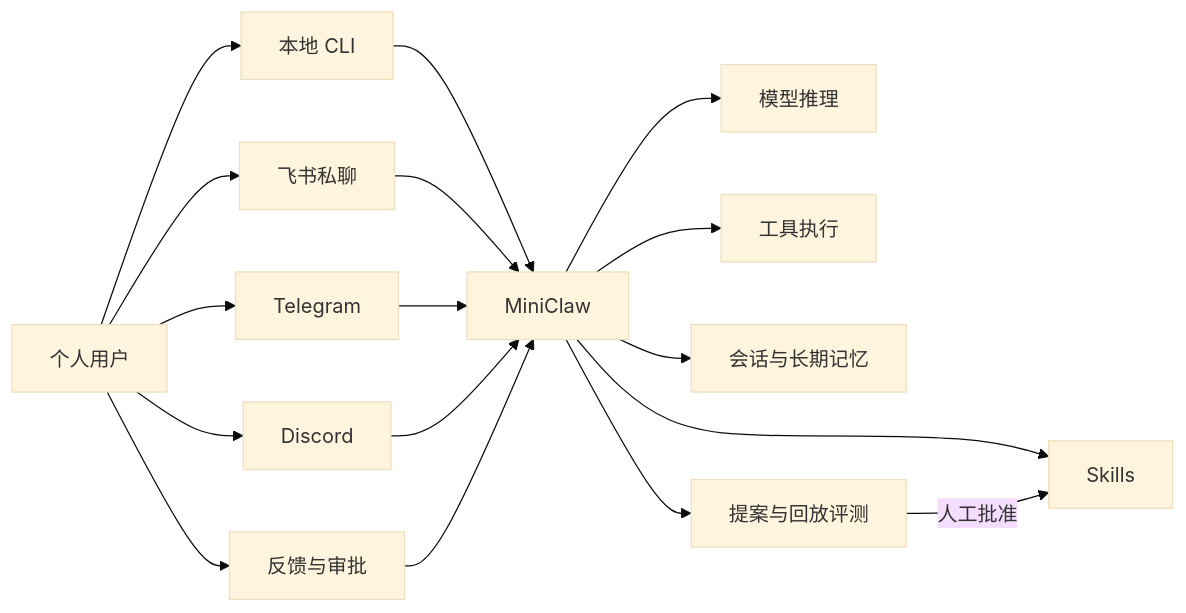
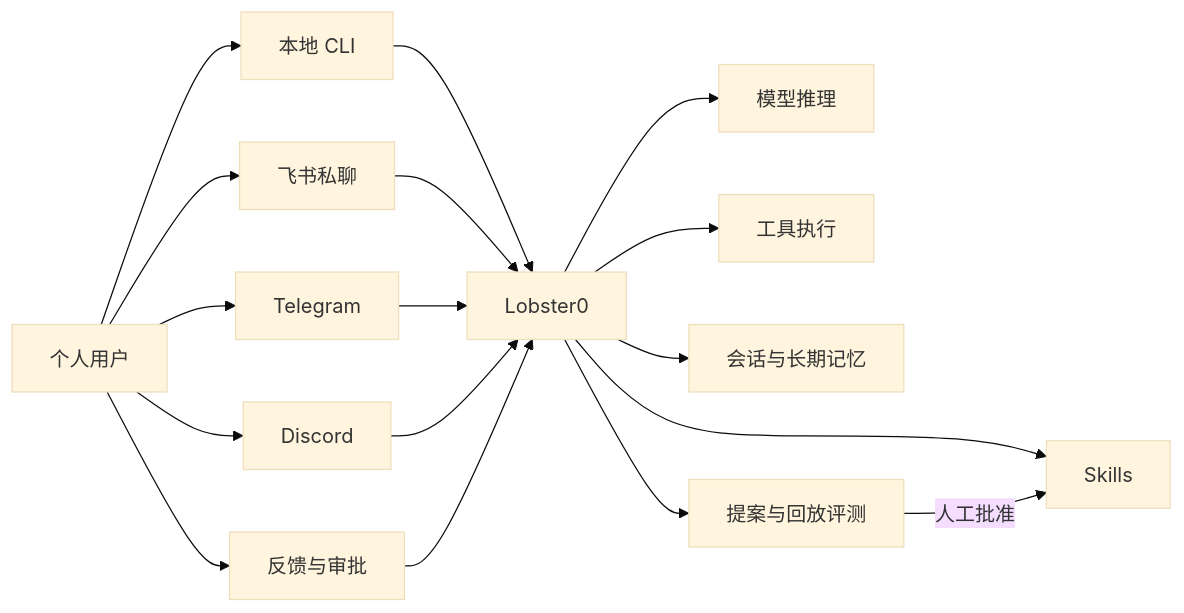
One commit to NEDONION/lobster0 changed the first of 10 diagrams in docs/product/20260807_产品需求文档.md. Above: the diagram before and after it, drawn with Mermaid (base theme). The commit also changed other lines of this file and 221 other files, not shown here.

````diff
--- a/docs/product/20260807_产品需求文档.md
+++ b/docs/product/20260807_产品需求文档.md
@@ -27,21 +27,21 @@
 ```mermaid
 flowchart LR
     U["个人用户"] --> CLI["本地 CLI"]
     U --> FS["飞书私聊"]
     U --> TG["Telegram"]
     U --> DC["Discord"]
-    CLI --> L["MiniClaw"]
+    CLI --> L["Lobster0"]
     FS --> L
     TG --> L
     DC --> L
 
     L --> M["模型推理"]
     L --> T["工具执行"]
     L --> MEM["会话与长期记忆"]
     L --> S["Skills"]
 
     U --> FB["反馈与审批"]
     FB --> L
     L --> EV["提案与回放评测"]
     EV -->|"人工批准"| S
 ```
````
